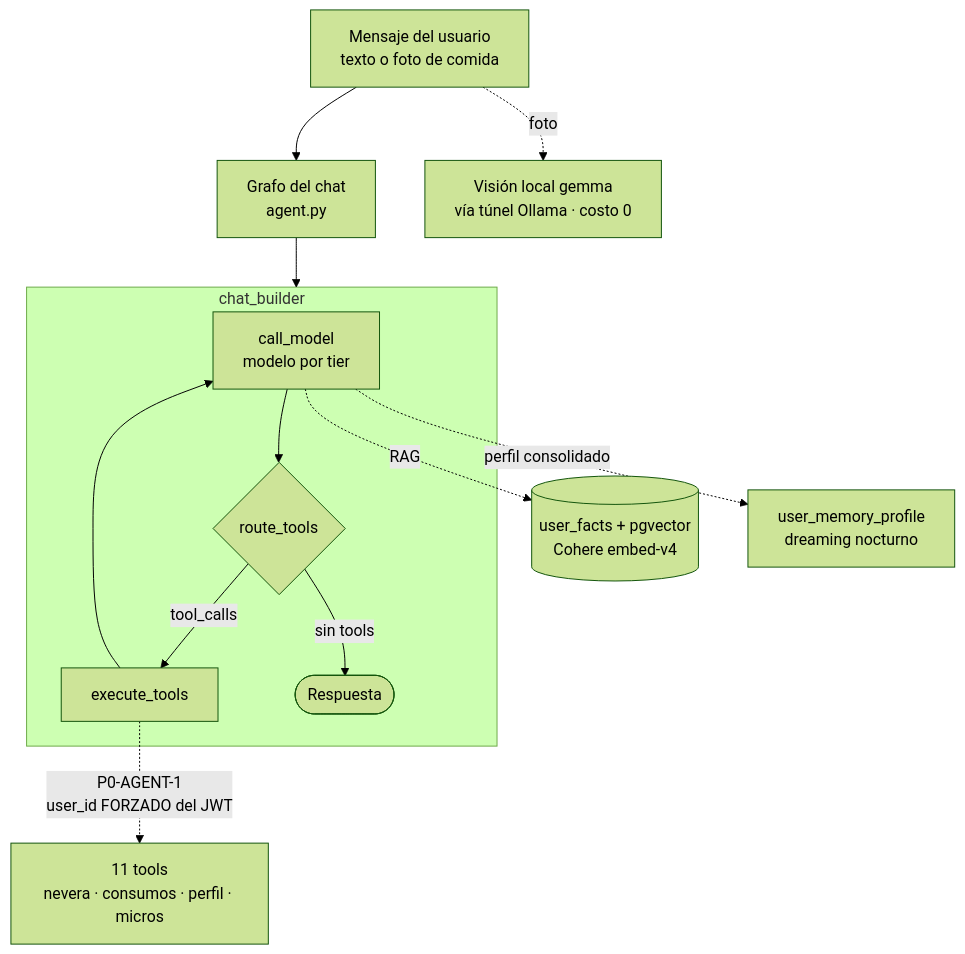
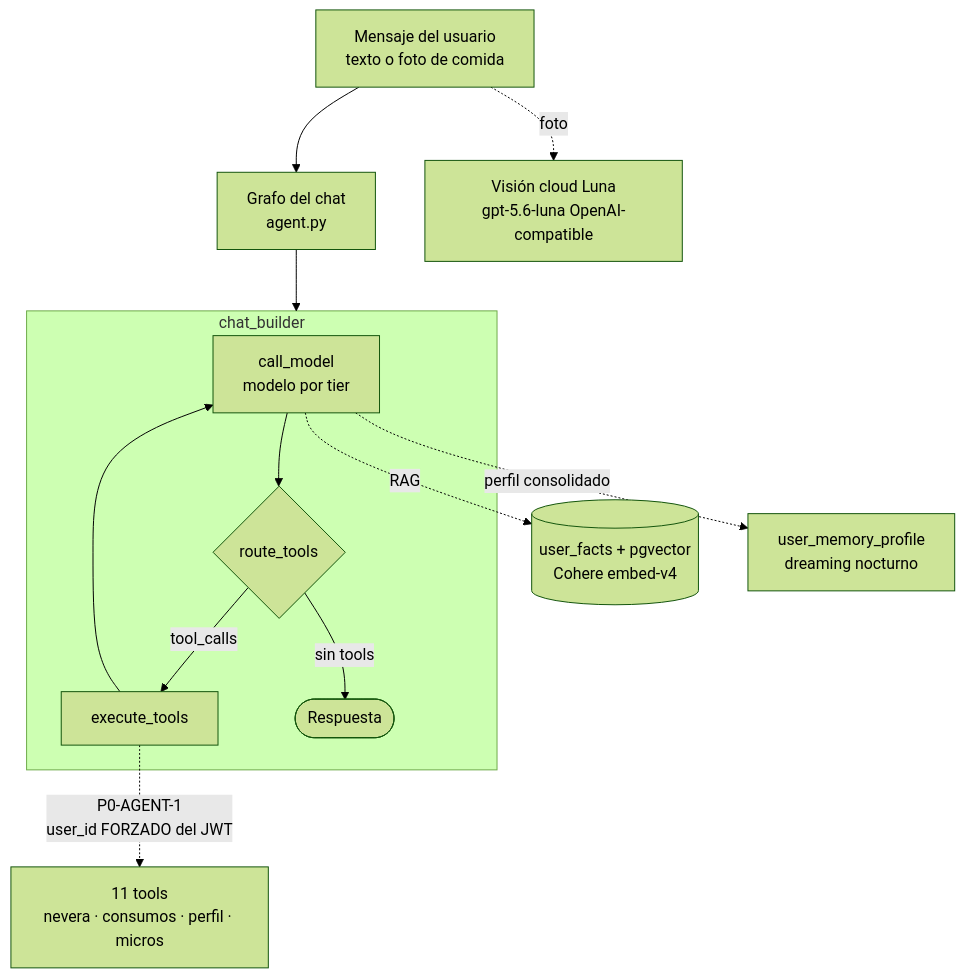
One commit to fuegoservicios-lab/MealfitRD-Backend changed the sixth of 7 diagrams in docs/system_overview.md. Above: the diagram before and after it, drawn with Mermaid (forest theme). The commit also changed 3 other files, not shown here.

First line of the commit message:
docs+marker: vision_luna.md rollback rewrite, CLAUDE.md row, bump _LAST_KNOWN_PFIX [P1-VISION-NO-LOCAL]

````diff
--- a/docs/system_overview.md
+++ b/docs/system_overview.md
@@ -199,17 +199,17 @@
 ```mermaid
 flowchart TB
     M["Mensaje del usuario<br/>texto o foto de comida"] --> A["Grafo del chat<br/>agent.py"]
 
     subgraph G["chat_builder"]
         CM["call_model<br/>modelo por tier"] --> RT{"route_tools"}
         RT -->|"tool_calls"| ET["execute_tools"]
         ET --> CM
         RT -->|"sin tools"| END(["Respuesta"])
     end
 
     A --> G
     ET -.->|"P0-AGENT-1<br/>user_id FORZADO del JWT"| T["11 tools<br/>nevera · consumos · perfil · micros"]
     CM -.->|"RAG"| F[("user_facts + pgvector<br/>Cohere embed-v4")]
     CM -.->|"perfil consolidado"| DR["user_memory_profile<br/>dreaming nocturno"]
-    M -.->|"foto"| VI["Visión local gemma<br/>vía túnel Ollama · costo 0"]
+    M -.->|"foto"| VI["Visión cloud Luna<br/>gpt-5.6-luna OpenAI-compatible"]
 ```
````
